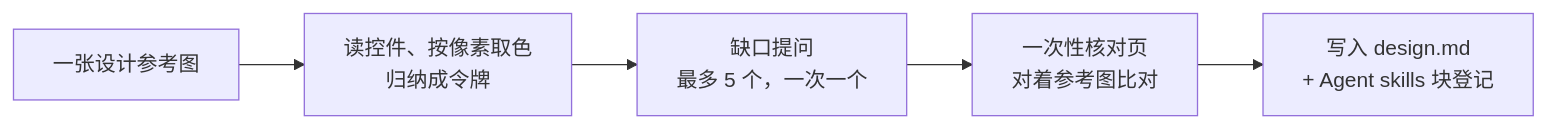
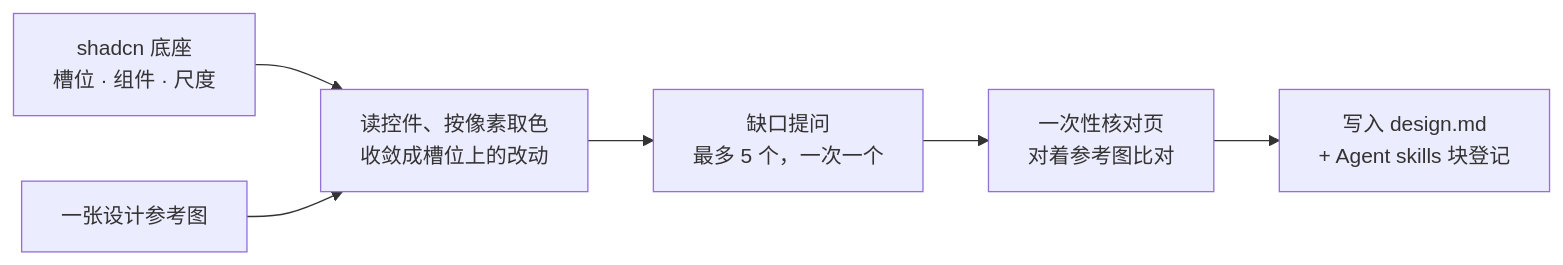
One commit to m430/skills changed the third of 9 diagrams in README.md. Above: the diagram before and after it, drawn with Mermaid. The commit also changed other lines of this file and 10 other files, not shown here.

````diff
--- a/README.md
+++ b/README.md
@@ -90,7 +90,8 @@
 ```mermaid
 flowchart LR
-    I["一张设计参考图"] --> X["读控件、按像素取色<br/>归纳成令牌"]
+    B["shadcn 底座<br/>槽位 · 组件 · 尺度"] --> X
+    I["一张设计参考图"] --> X["读控件、按像素取色<br/>收敛成槽位上的改动"]
     X --> Q["缺口提问<br/>最多 5 个，一次一个"]
     Q --> SG["一次性核对页<br/>对着参考图比对"]
     SG --> D["写入 design.md<br/>+ Agent skills 块登记"]
 ```
````
